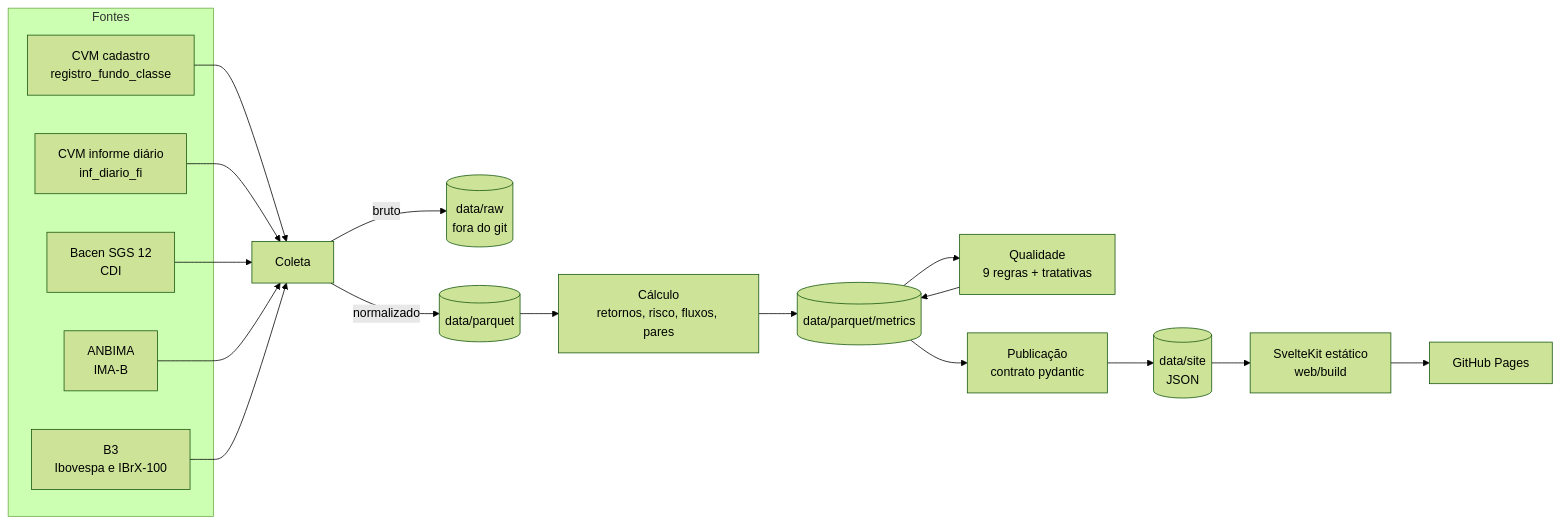
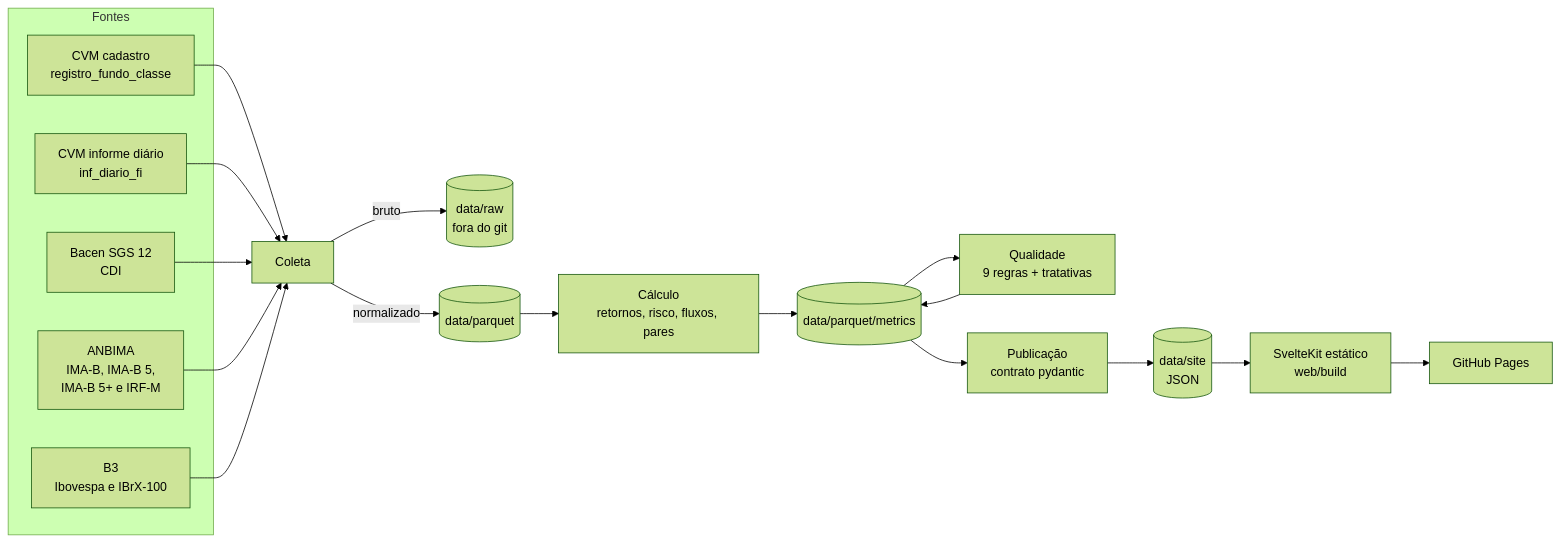
The diagram in README.md (viniaraujo68/fund-monitor), drawn with Mermaid (forest theme) before and after one commit. The commit also changed other lines of this file, not shown here.

````diff
--- a/README.md
+++ b/README.md
@@ -15,21 +17,21 @@
 ```mermaid
 flowchart LR
     subgraph Fontes
         CAD[CVM cadastro<br/>registro_fundo_classe]
         INF[CVM informe diário<br/>inf_diario_fi]
         SGS[Bacen SGS 12<br/>CDI]
-        IMA[ANBIMA<br/>IMA-B]
+        IMA[ANBIMA<br/>IMA-B, IMA-B 5,<br/>IMA-B 5+ e IRF-M]
         B3[B3<br/>Ibovespa e IBrX-100]
     end
     CAD & INF & SGS & IMA & B3 --> COL[Coleta]
     COL -->|bruto| RAW[(data/raw<br/>fora do git)]
     COL -->|normalizado| PQ[(data/parquet)]
     PQ --> CALC[Cálculo<br/>retornos, risco, fluxos, pares]
     CALC --> MET[(data/parquet/metrics)]
     MET --> QUAL[Qualidade<br/>9 regras + tratativas]
     QUAL --> MET
     MET --> PUB[Publicação<br/>contrato pydantic]
     PUB --> JSON[(data/site<br/>JSON)]
     JSON --> WEB[SvelteKit estático<br/>web/build]
     WEB --> PAGES[GitHub Pages]
 ```
````
